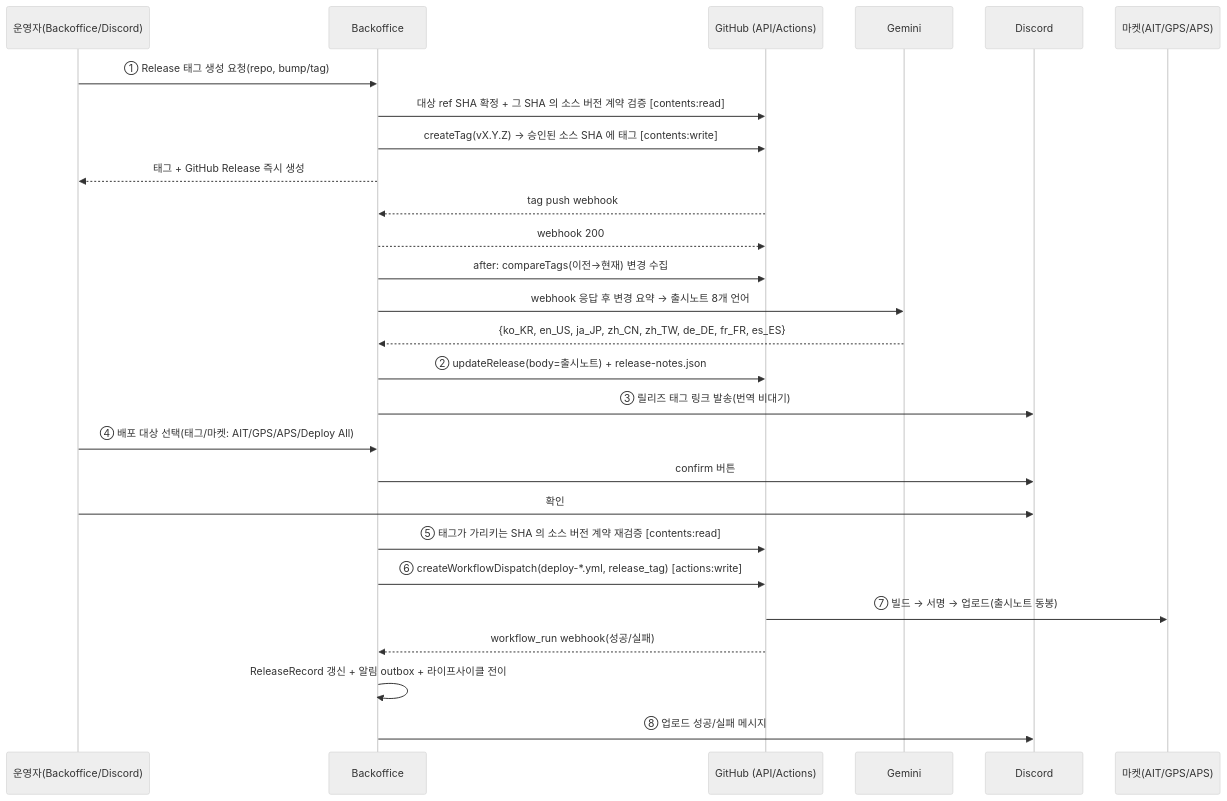
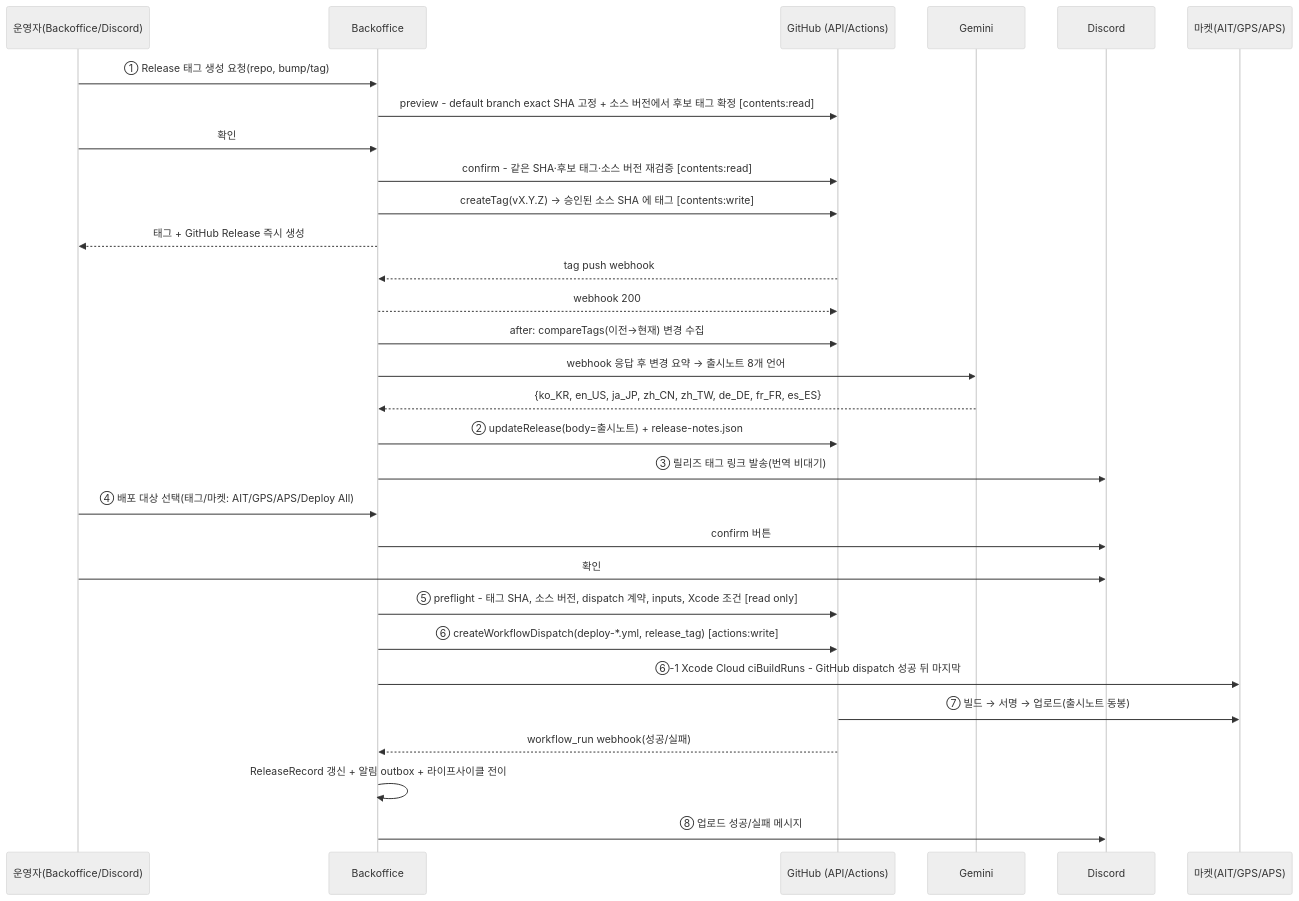
Before and after one commit to seorilabs/seorilabs-backoffice: the second of 3 diagrams in docs/ci-cd/org-cicd-release-system.md, drawn with Mermaid (neutral theme). The commit also changed other lines of this file and 10 other files, not shown here.

First line of the commit message:
stable 릴리스를 preflight 완결과 GitHub-first 실행으로 바꾼다 (#152)

````diff
--- a/docs/ci-cd/org-cicd-release-system.md
+++ b/docs/ci-cd/org-cicd-release-system.md
@@ -211,30 +211,33 @@
 ```mermaid
 sequenceDiagram
     participant U as 운영자(Backoffice/Discord)
     participant BO as Backoffice
     participant GH as GitHub (API/Actions)
     participant AI as Gemini
     participant DC as Discord
     participant MK as 마켓(AIT/GPS/APS)
 
     U->>BO: ① Release 태그 생성 요청(repo, bump/tag)
-    BO->>GH: 대상 ref SHA 확정 + 그 SHA 의 소스 버전 계약 검증 [contents:read]
+    BO->>GH: preview - default branch exact SHA 고정 + 소스 버전에서 후보 태그 확정 [contents:read]
+    U->>BO: 확인
+    BO->>GH: confirm - 같은 SHA·후보 태그·소스 버전 재검증 [contents:read]
     BO->>GH: createTag(vX.Y.Z) → 승인된 소스 SHA 에 태그 [contents:write]
     BO-->>U: 태그 + GitHub Release 즉시 생성
     GH-->>BO: tag push webhook
     BO-->>GH: webhook 200
     BO->>GH: after: compareTags(이전→현재) 변경 수집
     BO->>AI: webhook 응답 후 변경 요약 → 출시노트 8개 언어
     AI-->>BO: {ko_KR, en_US, ja_JP, zh_CN, zh_TW, de_DE, fr_FR, es_ES}
     BO->>GH: ② updateRelease(body=출시노트) + release-notes.json
     BO->>DC: ③ 릴리즈 태그 링크 발송(번역 비대기)
     U->>BO: ④ 배포 대상 선택(태그/마켓: AIT/GPS/APS/Deploy All)
     BO->>DC: confirm 버튼
     U->>DC: 확인
-    BO->>GH: ⑤ 태그가 가리키는 SHA 의 소스 버전 계약 재검증 [contents:read]
+    BO->>GH: ⑤ preflight - 태그 SHA, 소스 버전, dispatch 계약, inputs, Xcode 조건 [read only]
     BO->>GH: ⑥ createWorkflowDispatch(deploy-*.yml, release_tag) [actions:write]
+    BO->>MK: ⑥-1 Xcode Cloud ciBuildRuns - GitHub dispatch 성공 뒤 마지막
     GH->>MK: ⑦ 빌드 → 서명 → 업로드(출시노트 동봉)
     GH-->>BO: workflow_run webhook(성공/실패)
     BO->>BO: ReleaseRecord 갱신 + 알림 outbox + 라이프사이클 전이
     BO->>DC: ⑧ 업로드 성공/실패 메시지
 ```
````
